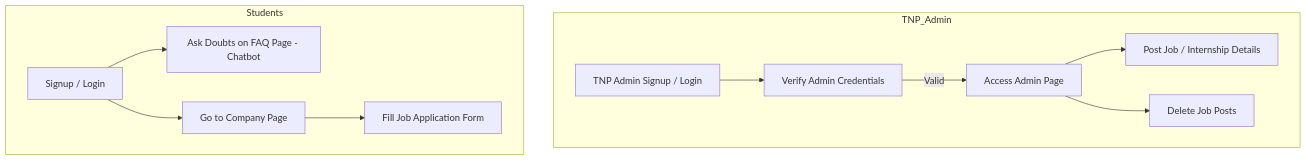
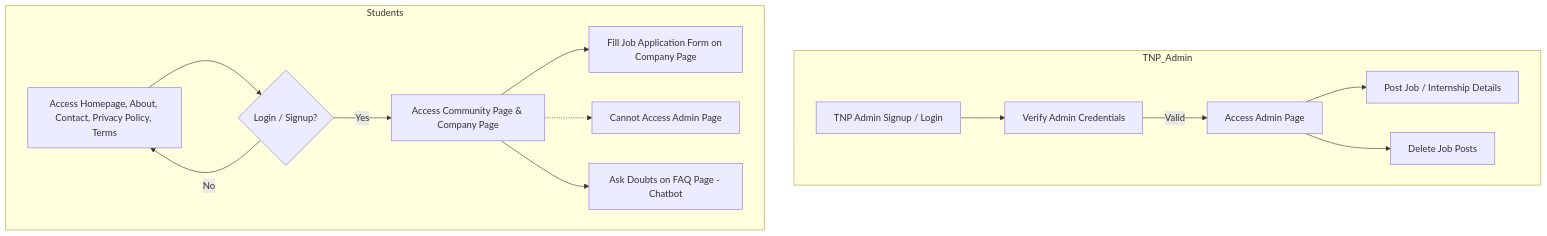
The diagram in README.md (deepak-pandey1/BPIT-CareerHub), drawn with Mermaid before and after one commit.

````diff
--- a/README.md
+++ b/README.md
@@ -9,15 +9,24 @@
 ```mermaid
 graph TD
+    %% TNP Admin Flow
     subgraph TNP_Admin
-        A[TNP Admin Signup / Login] --> B[Verify Admin Credentials]
-        B -->|Valid| C[Access Admin Page]
-        C --> D[Post Job / Internship Details]
-        C --> E[Delete Job Posts]
+        A1[TNP Admin Signup / Login] --> B1[Verify Admin Credentials]
+        B1 -->|Valid| C1[Access Admin Page]
+        C1 --> D1[Post Job / Internship Details]
+        C1 --> E1[Delete Job Posts]
     end
 
+    %% Students Flow
     subgraph Students
-        F[Signup / Login] --> G[Ask Doubts on FAQ Page - Chatbot]
-        F --> H[Go to Company Page]
-        H --> I[Fill Job Application Form]
+        F1[Access Homepage, About, Contact, Privacy Policy, Terms] --> G1{Login / Signup?}
+        G1 -->|Yes| H1[Access Community Page & Company Page]
+        G1 -->|No| F1
+
+        H1 --> I1[Fill Job Application Form on Company Page]
+        H1 -.-> J1[Cannot Access Admin Page]
+
+        %% Also show FAQ chatbot access after login
+        H1 --> K1[Ask Doubts on FAQ Page - Chatbot]
     end
+
 ```
````
